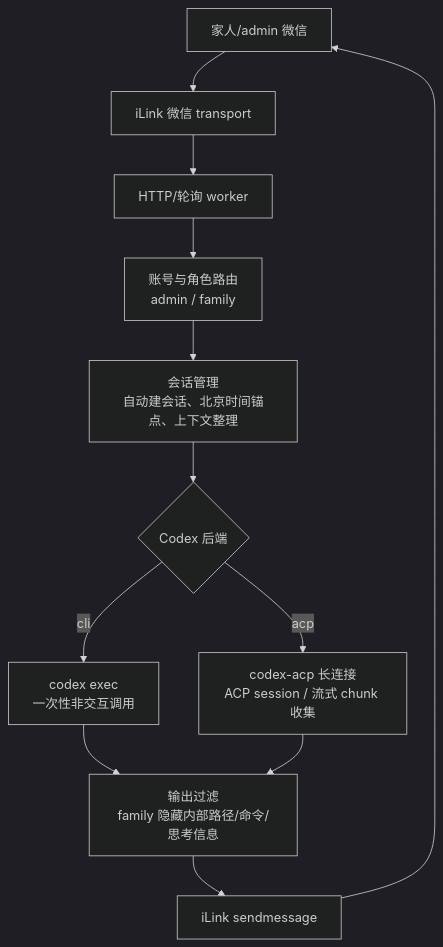
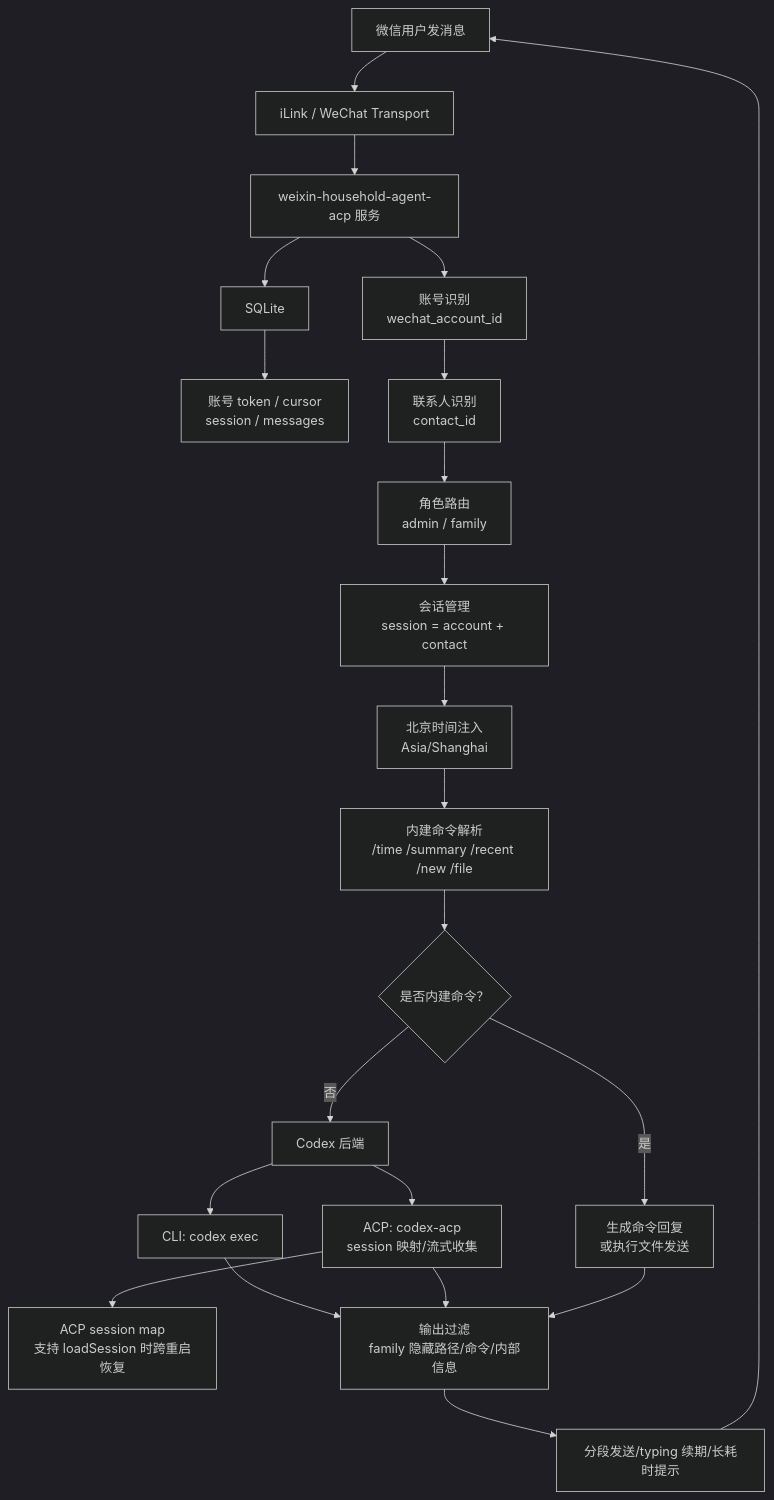
One commit to thekfjie/weixin-household-agent-acp changed the diagram in README.md. Above: the diagram before and after it, drawn with Mermaid (dark theme). The commit also changed other lines of this file and 5 other files, not shown here.

````diff
--- a/README.md
+++ b/README.md
@@ -11,14 +119,24 @@
 ```mermaid
 flowchart TD
-  A["家人/admin 微信"] --> B["iLink 微信 transport"]
-  B --> C["HTTP/轮询 worker"]
-  C --> D["账号与角色路由<br/>admin / family"]
-  D --> E["会话管理<br/>自动建会话、北京时间锚点、上下文整理"]
-  E --> F{"Codex 后端"}
-  F -->|"cli"| G["codex exec<br/>一次性非交互调用"]
-  F -->|"acp"| H["codex-acp 长连接<br/>ACP session / 流式 chunk 收集"]
-  G --> I["输出过滤<br/>family 隐藏内部路径/命令/思考信息"]
-  H --> I
-  I --> J["iLink sendmessage"]
-  J --> A
+  A["微信用户发消息"] --> B["iLink / WeChat Transport"]
+  B --> C["weixin-household-agent-acp 服务"]
+  C --> D["账号识别<br/>wechat_account_id"]
+  C --> DB["SQLite"]
+  DB --> DB1["账号 token / cursor<br/>session / messages"]
+  D --> E["联系人识别<br/>contact_id"]
+  E --> F["角色路由<br/>admin / family"]
+  F --> G["会话管理<br/>session = account + contact"]
+  G --> T["北京时间注入<br/>Asia/Shanghai"]
+  T --> CMD["内建命令解析<br/>/time /summary /recent /new /file"]
+  CMD --> Q{"是否内建命令？"}
+  Q -->|"是"| R["生成命令回复<br/>或执行文件发送"]
+  Q -->|"否"| S["Codex 后端"]
+  S --> S1["CLI: codex exec"]
+  S --> S2["ACP: codex-acp<br/>session 映射/流式收集"]
+  S2 --> M["ACP session map<br/>支持 loadSession 时跨重启恢复"]
+  S1 --> O["输出过滤<br/>family 隐藏路径/命令/内部信息"]
+  S2 --> O
+  R --> O
+  O --> P["分段发送/typing 续期/长耗时提示"]
+  P --> A
 ```
````
